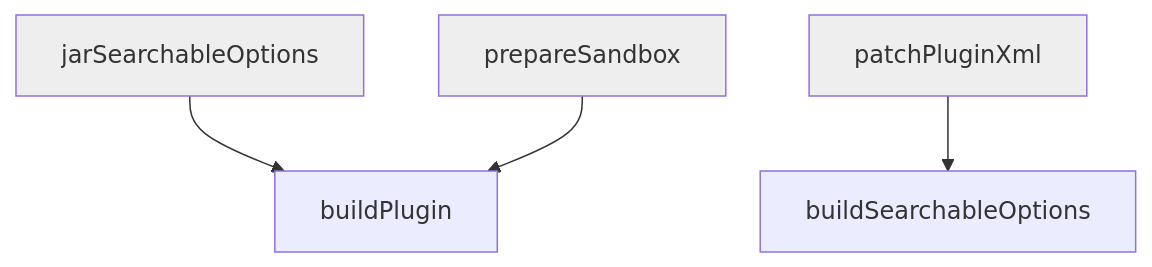
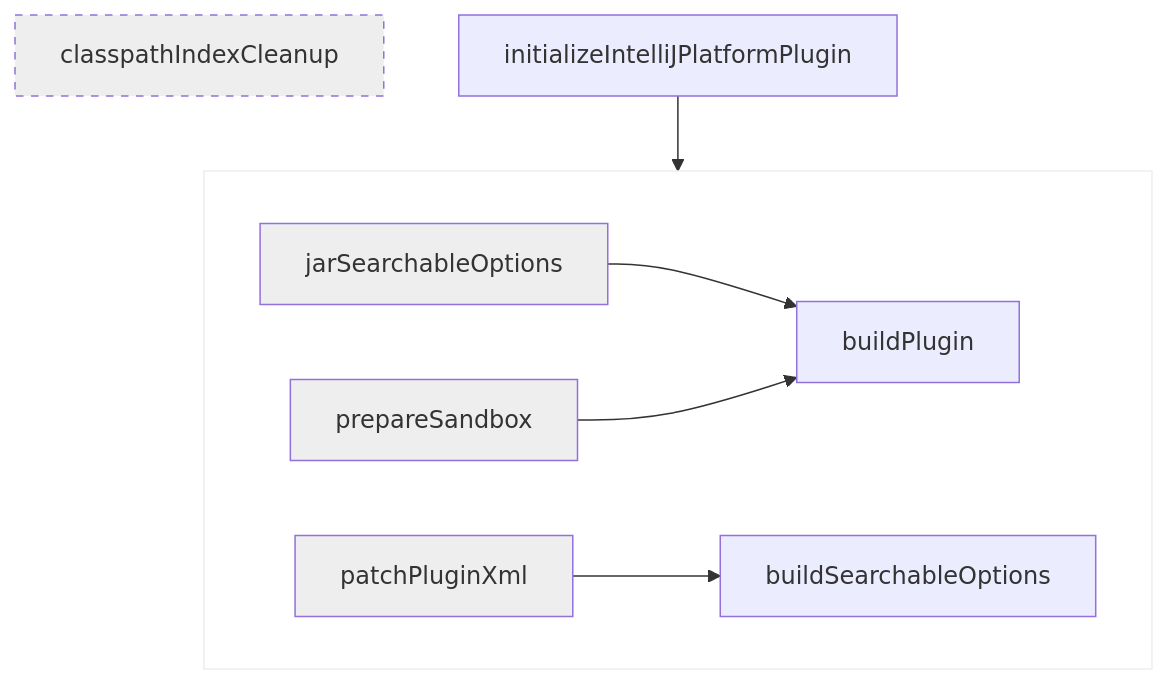
One commit to JetBrains/intellij-sdk-docs changed the diagram in topics/appendix/tools/intellij_platform_gradle_plugin/tools_intellij_platform_gradle_plugin_tasks.md. Above: the diagram before and after it, drawn with Mermaid. The commit also changed other lines of this file, not shown here.

Commit message:
IntelliJ Platform Gradle Plugin: `initializeIntelliJPlatformPlugin` task

````diff
--- a/topics/appendix/tools/intellij_platform_gradle_plugin/tools_intellij_platform_gradle_plugin_tasks.md
+++ b/topics/appendix/tools/intellij_platform_gradle_plugin/tools_intellij_platform_gradle_plugin_tasks.md
@@ -15,21 +15,32 @@
 ```mermaid
 flowchart TD
-    buildPlugin
-    buildSearchableOptions
-    jarSearchableOptions
-    patchPluginXml
-    prepareSandbox
+    subgraph ALL ["` `"]
+        buildPlugin
+        buildSearchableOptions
+        jarSearchableOptions
+        patchPluginXml
+        prepareSandbox
 
-    jarSearchableOptions & prepareSandbox --> buildPlugin
-    patchPluginXml --> buildSearchableOptions
+        jarSearchableOptions & prepareSandbox --> buildPlugin
+        patchPluginXml --> buildSearchableOptions
+    end
+
+    classpathIndexCleanup
+    initializeIntelliJPlatformPlugin --> ALL
 
     click buildPlugin "#buildPlugin"
     click buildSearchableOptions "#buildSearchableOptions"
+    click classpathIndexCleanup "#classpathIndexCleanup"
+    click initializeIntelliJPlatformPlugin "#initializeIntelliJPlatformPlugin"
     click jarSearchableOptions "#jarSearchableOptions"
     click patchPluginXml "#patchPluginXml"
     click prepareSandbox "#prepareSandbox"
 
+    style classpathIndexCleanup fill:#eee,stroke-dasharray: 5 5
     style jarSearchableOptions fill:#eee
     style patchPluginXml fill:#eee
     style prepareSandbox fill:#eee
+    style prepareSandbox fill:#eee
+
+    style ALL fill:#fff,stroke:#eee
 ```
````
